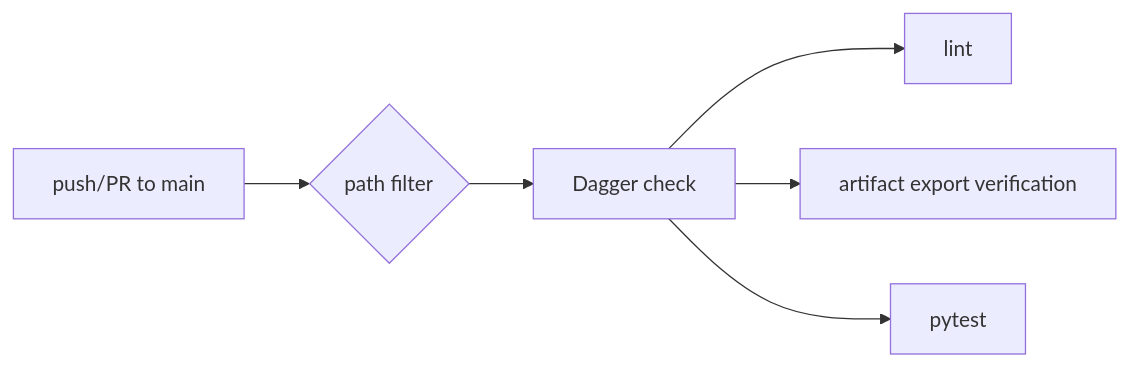
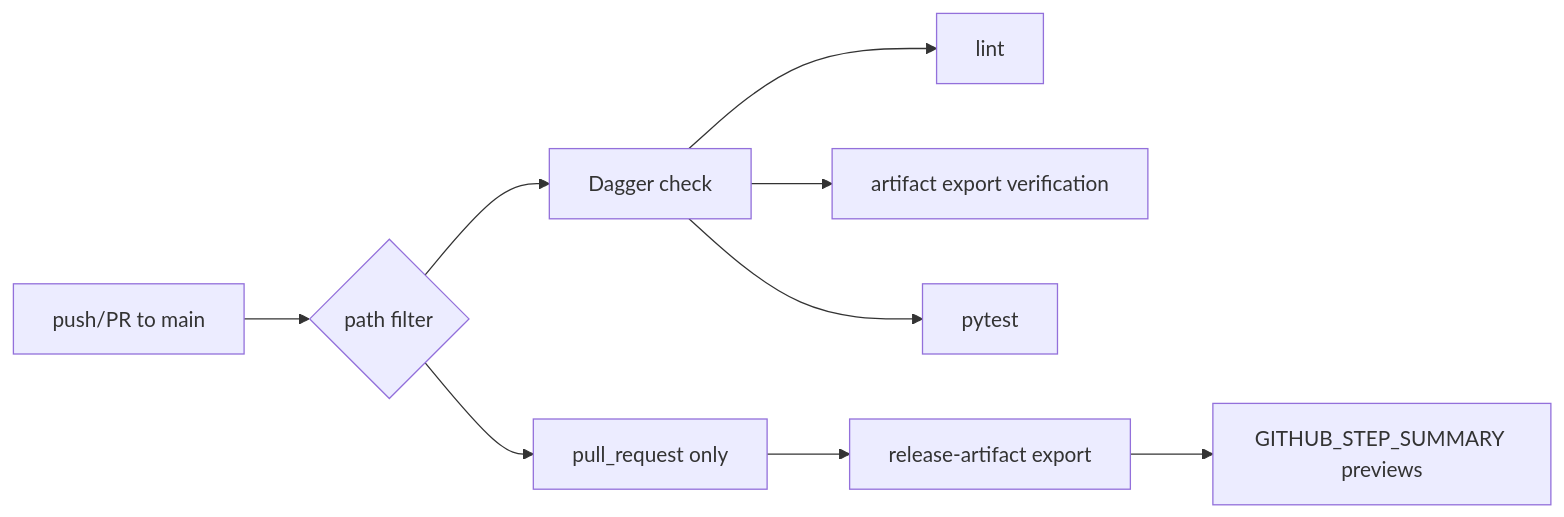
The diagram in website/docs/workflows/ci-and-dagger.md (Coffee2Bits/CAD-as-Code-Template), drawn with Mermaid before and after one commit. The commit also changed other lines of this file and 12 other files, not shown here.

First line of the commit message:
feat: add PR summary generation with embedded PNG previews in CI workflow

````diff
--- a/website/docs/workflows/ci-and-dagger.md
+++ b/website/docs/workflows/ci-and-dagger.md
@@ -7,8 +7,11 @@
 ```mermaid
 flowchart LR
   PUSH["push/PR to main"] --> FILTER{"path filter"}
   FILTER --> DAG["Dagger check"]
   DAG --> LINT["lint"]
   DAG --> ART["artifact export verification"]
   DAG --> TEST["pytest"]
+  FILTER --> PR["pull_request only"]
+  PR --> PREV["release-artifact export"]
+  PREV --> SUM["GITHUB_STEP_SUMMARY previews"]
 ```
````
